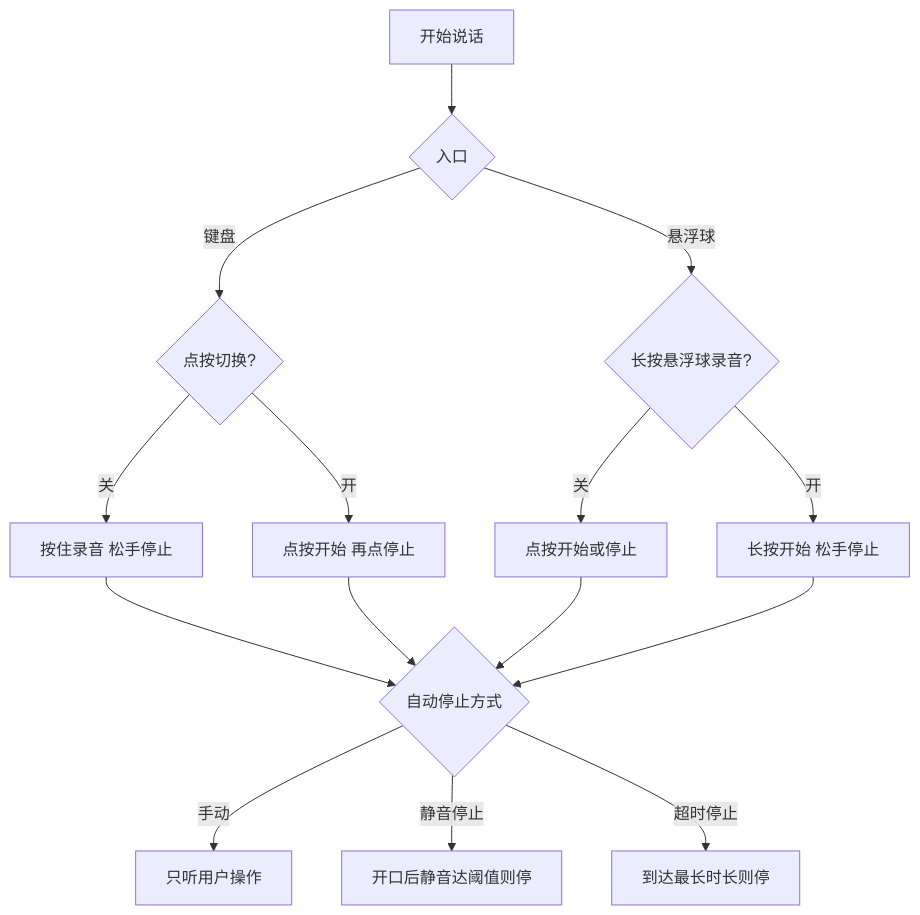
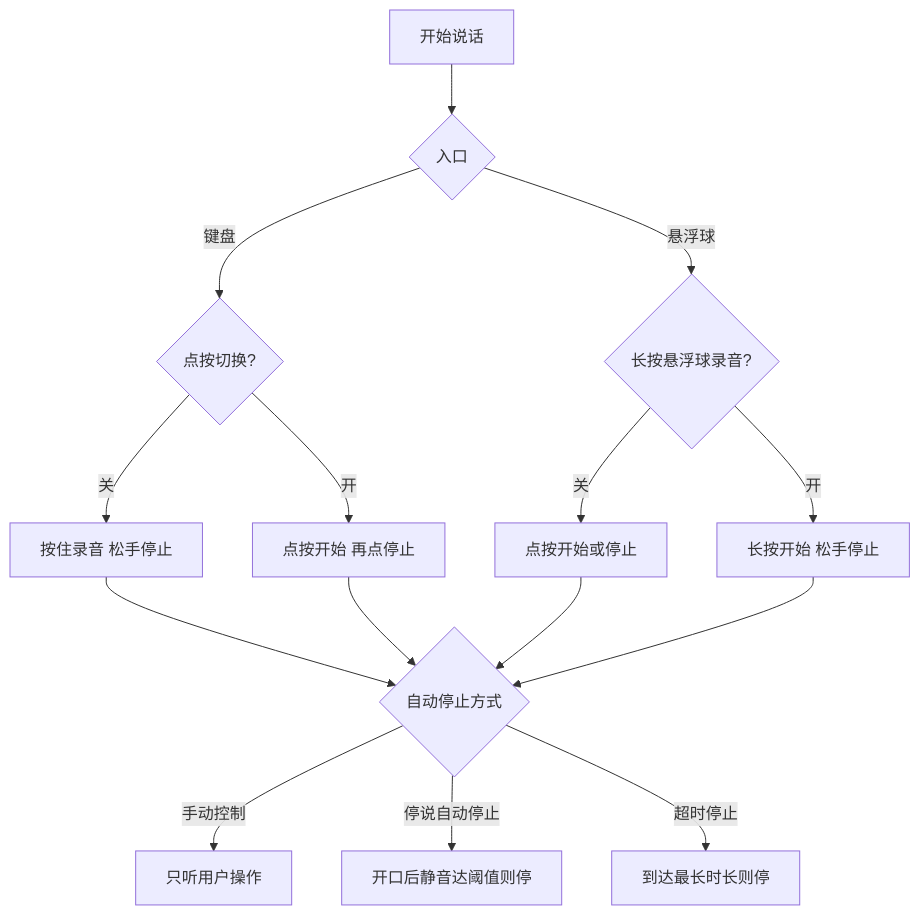
Before and after one commit to BryceWG/BiBi-Keyboard-Docs: the diagram in features/recording-modes.md, drawn with Mermaid. The commit also changed other lines of this file and 44 other files, not shown here.

````diff
--- a/features/recording-modes.md
+++ b/features/recording-modes.md
@@ -12,18 +12,18 @@
 ```mermaid
 flowchart TD
   start[开始说话] --> where{入口}
   where -->|键盘| ime{点按切换?}
   ime -->|关| hold[按住录音 松手停止]
   ime -->|开| tap[点按开始 再点停止]
   where -->|悬浮球| ball{长按悬浮球录音?}
   ball -->|关| tapBall[点按开始或停止]
   ball -->|开| holdBall[长按开始 松手停止]
   hold --> stopHow
   tap --> stopHow
   tapBall --> stopHow
   holdBall --> stopHow
   stopHow{自动停止方式}
-  stopHow -->|手动| userStop[只听用户操作]
-  stopHow -->|静音停止| vad[开口后静音达阈值则停]
+  stopHow -->|手动控制| userStop[只听用户操作]
+  stopHow -->|停说自动停止| vad[开口后静音达阈值则停]
   stopHow -->|超时停止| timeout[到达最长时长则停]
 ```
````
